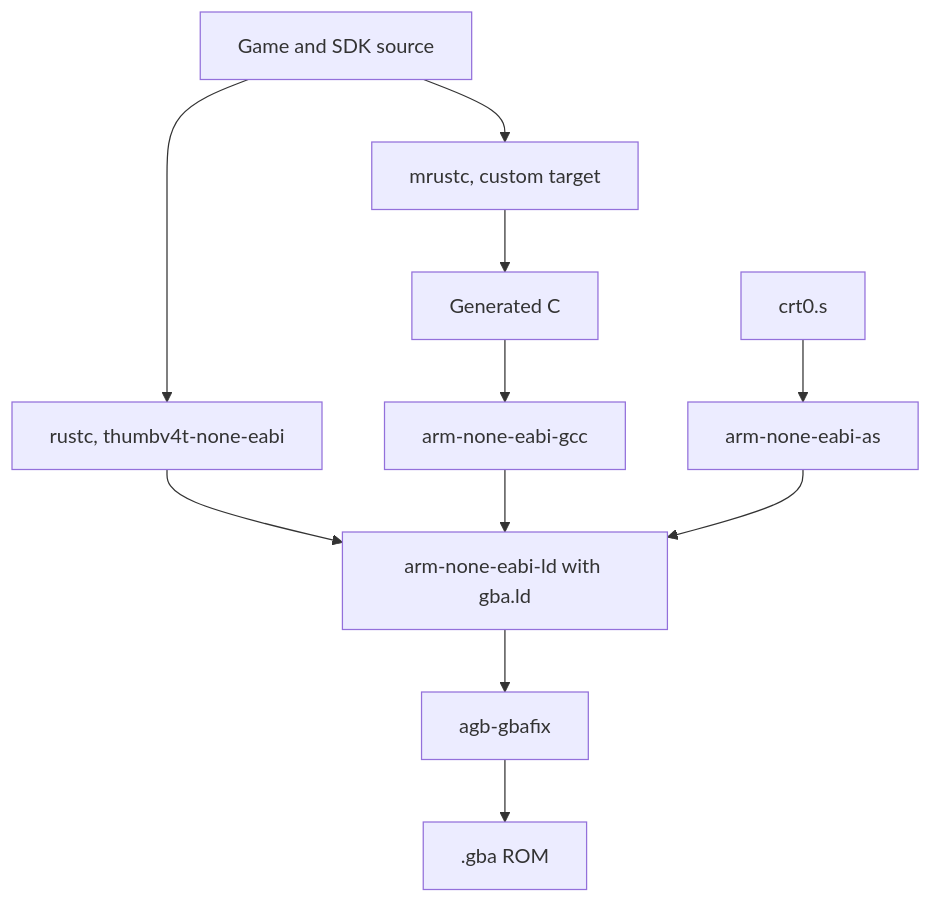
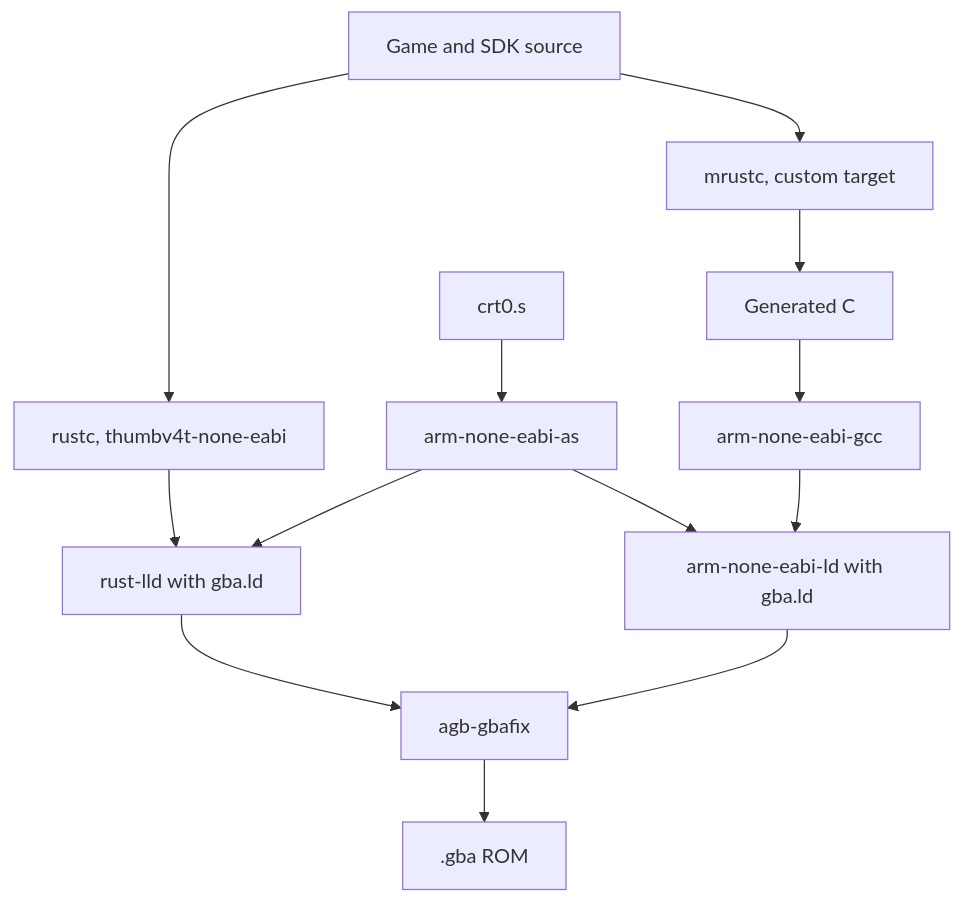
Before and after one commit to rusty-console-sdk/gba: the diagram in docs/gba/backends.md, drawn with Mermaid. The commit also changed other lines of this file and 6 other files, not shown here.

````diff
--- a/docs/gba/backends.md
+++ b/docs/gba/backends.md
@@ -12,11 +12,14 @@
 ```mermaid
 flowchart TD
   src[Game and SDK source] --> rustc[rustc, thumbv4t-none-eabi]
   src --> mrustc[mrustc, custom target]
   mrustc --> c[Generated C] --> gcc[arm-none-eabi-gcc]
   asm[crt0.s] --> as[arm-none-eabi-as]
-  rustc --> ld[arm-none-eabi-ld with gba.ld]
-  gcc --> ld
+  rustc --> lld[rust-lld with gba.ld]
+  gcc --> ld[arm-none-eabi-ld with gba.ld]
+  as --> lld
   as --> ld
-  ld --> gbafix[agb-gbafix] --> rom[.gba ROM]
+  lld --> gbafix[agb-gbafix]
+  ld --> gbafix
+  gbafix --> rom[.gba ROM]
 ```
````
